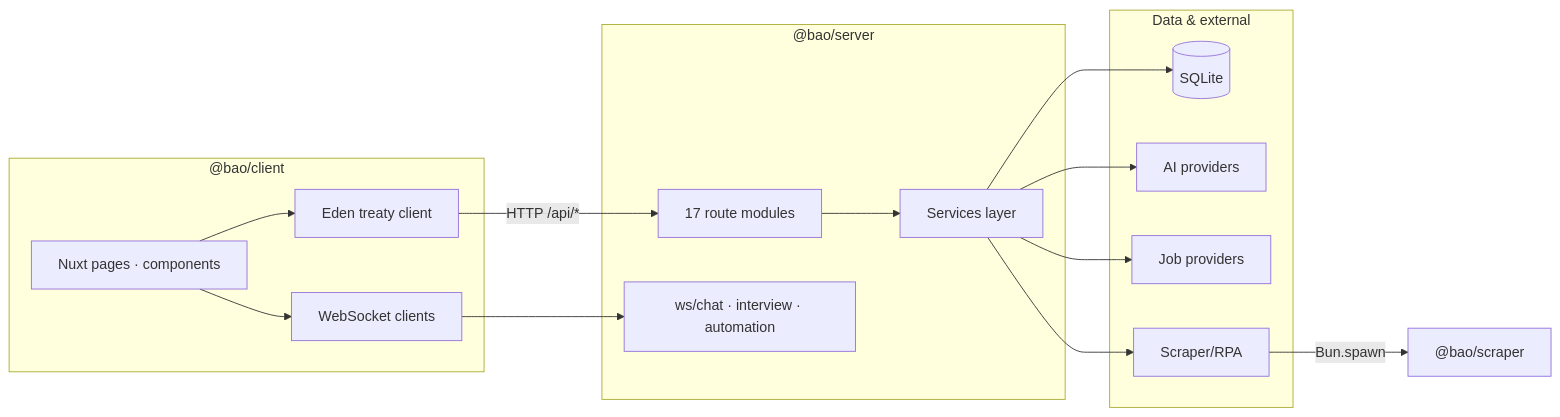
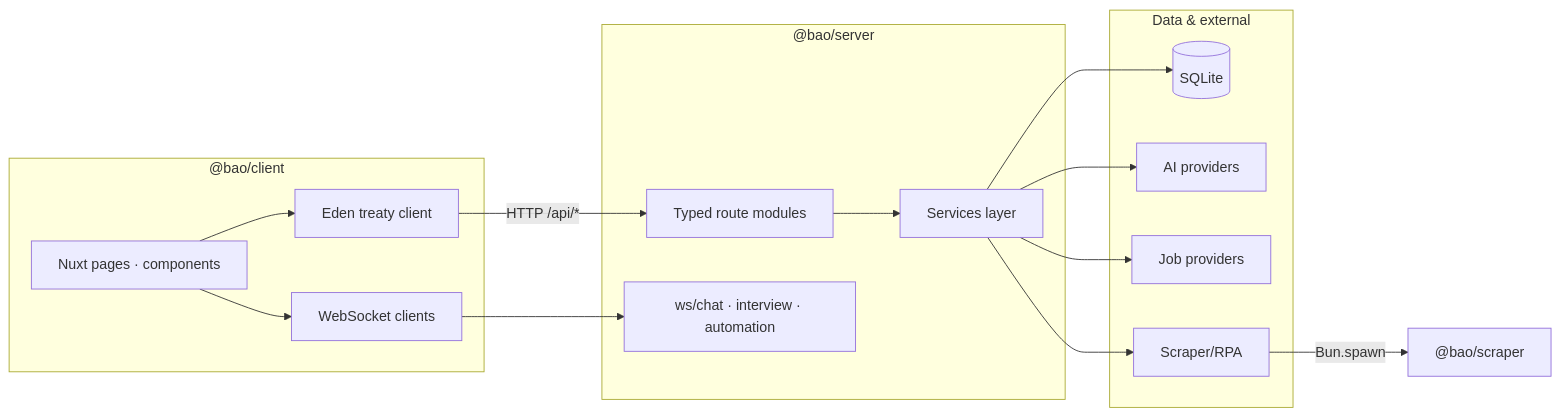
Before and after one commit to d4551/baobuildbuddy: the first of 3 diagrams in README.md, drawn with Mermaid. The commit also changed other lines of this file and 1288 other files, not shown here.

````diff
--- a/README.md
+++ b/README.md
@@ -217,32 +234,32 @@
 ```mermaid
 flowchart LR
   subgraph Client["@bao/client"]
     UI["Nuxt pages · components"]
     Eden["Eden treaty client"]
     WS["WebSocket clients"]
   end
 
   subgraph Server["@bao/server"]
-    API["17 route modules"]
+    API["Typed route modules"]
     WSHandlers["ws/chat · interview · automation"]
     Svcs["Services layer"]
   end
 
   subgraph Data["Data & external"]
     DB[("SQLite")]
     AI["AI providers"]
     Jobs["Job providers"]
     RPA["Scraper/RPA"]
   end
 
   UI --> Eden
   UI --> WS
   Eden -->|HTTP /api/*| API
   WS --> WSHandlers
   API --> Svcs
   Svcs --> DB
   Svcs --> AI
   Svcs --> Jobs
   Svcs --> RPA
   RPA -->|Bun.spawn| Scraper["@bao/scraper"]
 ```
````
